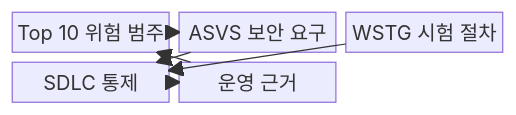
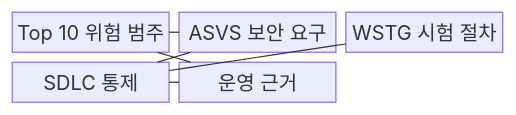
The first of 2 diagrams in src/content/docs/notes/05-security/045_owasp_top_10.md (agnusdei1207/knowledge-base), drawn with Mermaid before and after one commit. The commit also changed other lines of this file and 493 other files, not shown here.

````diff
--- a/src/content/docs/notes/05-security/045_owasp_top_10.md
+++ b/src/content/docs/notes/05-security/045_owasp_top_10.md
@@ -67,14 +67,14 @@
 ```mermaid
 block-beta
   columns 3
   A["Top 10 위험 범주"]
   B["ASVS 보안 요구"]
   C["WSTG 시험 절차"]
   D["SDLC 통제"]
   E["운영 근거"]
-  A --> B
-  B --> D
-  C --> D
-  D --> E
-  E --> A
+  A --- B
+  B --- D
+  C --- D
+  D --- E
+  E --- A
 ```
````
